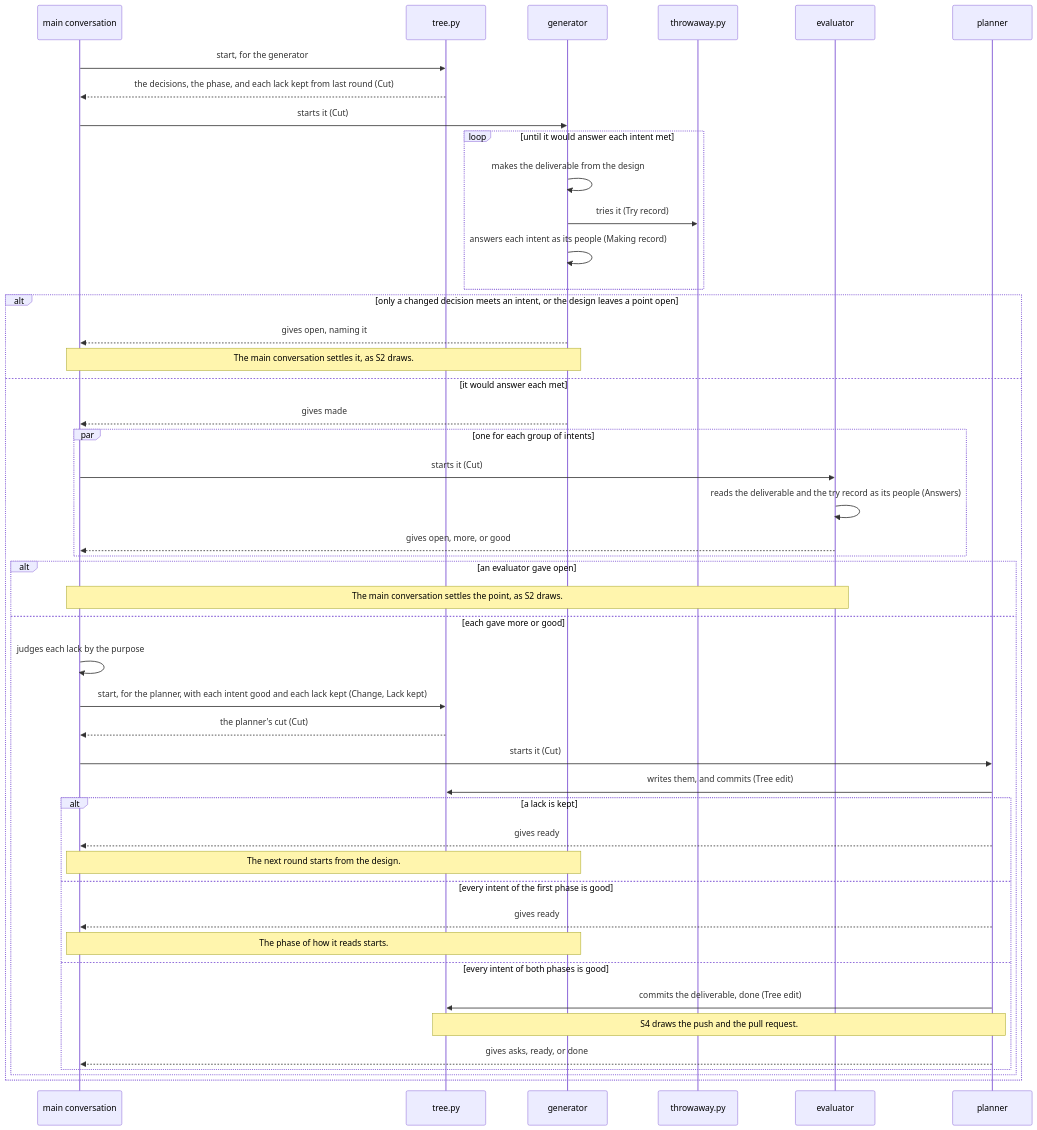
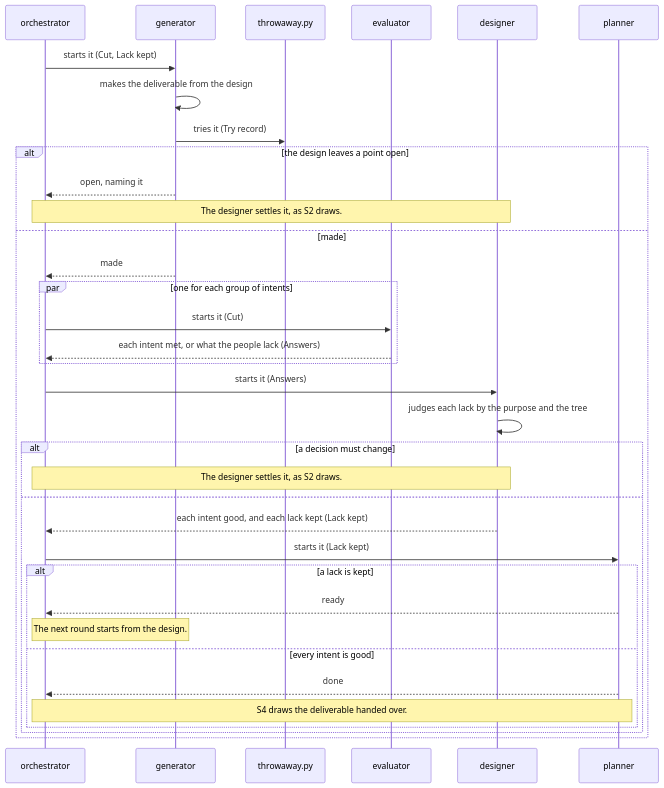
One commit to lovaizu/ccpm changed the third of 5 diagrams in dev/rn/architecture.md. Above: the diagram before and after it, drawn with Mermaid. The commit also changed other lines of this file and 11 other files, not shown here.

````diff
--- a/dev/rn/architecture.md
+++ b/dev/rn/architecture.md
@@ -245,48 +197,37 @@
 ```mermaid
 sequenceDiagram
-  participant M as main conversation
-  participant T as tree.py
+  participant O as orchestrator
   participant G as generator
   participant W as throwaway.py
   participant E as evaluator
+  participant D as designer
   participant P as planner
-  M->>T: start, for the generator
-  T-->>M: the decisions, the phase, and each lack kept from last round (Cut)
-  M->>G: starts it (Cut)
-  loop until it would answer each intent met
-    G->>G: makes the deliverable from the design
-    G->>W: tries it (Try record)
-    G->>G: answers each intent as its people (Making record)
-  end
-  alt only a changed decision meets an intent, or the design leaves a point open
-    G-->>M: gives open, naming it
-    Note over M,G: The main conversation settles it, as S2 draws.
-  else it would answer each met
-    G-->>M: gives made
+  O->>G: starts it (Cut, Lack kept)
+  G->>G: makes the deliverable from the design
+  G->>W: tries it (Try record)
+  alt the design leaves a point open
+    G-->>O: open, naming it
+    Note over O,D: The designer settles it, as S2 draws.
+  else made
+    G-->>O: made
     par one for each group of intents
-      M->>E: starts it (Cut)
-      E->>E: reads the deliverable and the try record as its people (Answers)
-      E-->>M: gives open, more, or good
+      O->>E: starts it (Cut)
+      E-->>O: each intent met, or what the people lack (Answers)
     end
-    alt an evaluator gave open
-      Note over M,E: The main conversation settles the point, as S2 draws.
-    else each gave more or good
-      M->>M: judges each lack by the purpose
-      M->>T: start, for the planner, with each intent good and each lack kept (Change, Lack kept)
-      T-->>M: the planner's cut (Cut)
-      M->>P: starts it (Cut)
-      P->>T: writes them, and commits (Tree edit)
+    O->>D: starts it (Answers)
+    D->>D: judges each lack by the purpose and the tree
+    alt a decision must change
+      Note over O,D: The designer settles it, as S2 draws.
+    else
+      D-->>O: each intent good, and each lack kept (Lack kept)
+      O->>P: starts it (Lack kept)
       alt a lack is kept
-        P-->>M: gives ready
-        Note over M,G: The next round starts from the design.
-      else every intent of the first phase is good
-        P-->>M: gives ready
-        Note over M,G: The phase of how it reads starts.
-      else every intent of both phases is good
-        P->>T: commits the deliverable, done (Tree edit)
-        Note over P,T: S4 draws the push and the pull request.
-        P-->>M: gives asks, ready, or done
+        P-->>O: ready
+        Note over O,G: The next round starts from the design.
+      else every intent is good
+        P-->>O: done
+        Note over O,P: S4 draws the deliverable handed over.
       end
     end
   end
 ```
````
